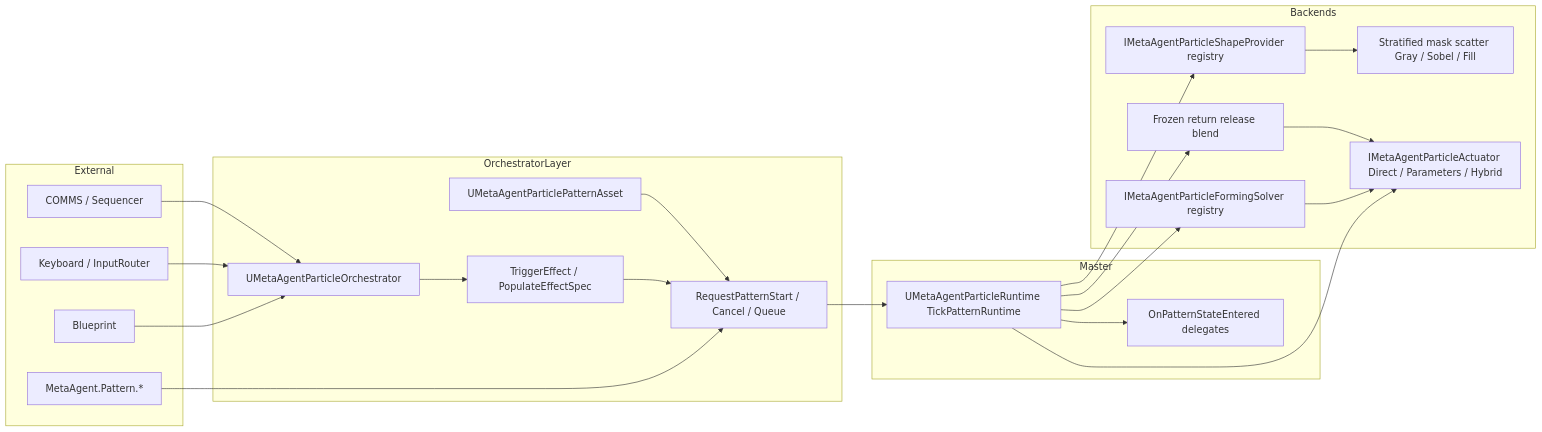
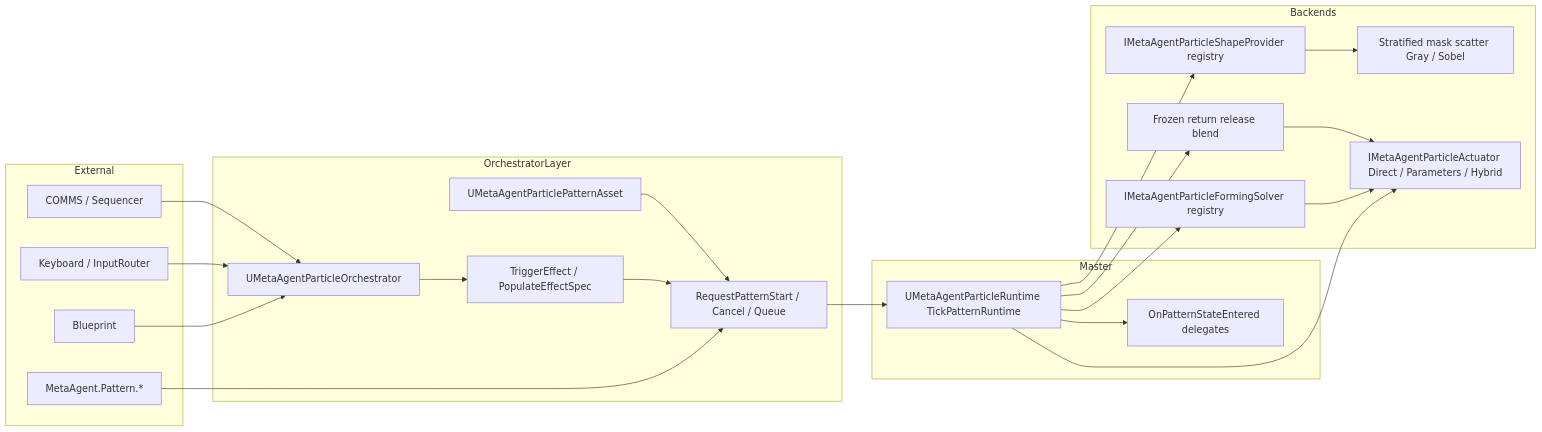
Before and after one commit to vecnode/metaagent-ue5-plugin: diagram 14 of 14 in README.md, drawn with Mermaid. The commit also changed other lines of this file, not shown here.

````diff
--- a/README.md
+++ b/README.md
@@ -926,46 +929,46 @@
 ```mermaid
 flowchart LR
     subgraph External
         BP[Blueprint]
         Keys[Keyboard / InputRouter]
         COMMS[COMMS / Sequencer]
         Console[MetaAgent.Pattern.*]
     end
 
     subgraph OrchestratorLayer
         ORCH[UMetaAgentParticleOrchestrator]
         FX[TriggerEffect / PopulateEffectSpec]
         CMD[RequestPatternStart / Cancel / Queue]
         Asset[UMetaAgentParticlePatternAsset]
     end
 
     subgraph Master
         FSM[UMetaAgentParticleRuntime TickPatternRuntime]
         Events[OnPatternStateEntered delegates]
     end
 
     subgraph Backends
         Shapes[IMetaAgentParticleShapeProvider registry]
-        Scatter[Stratified mask scatter Gray / Sobel / Fill]
+        Scatter[Stratified mask scatter Gray / Sobel]
         Forming[IMetaAgentParticleFormingSolver registry]
         Act[IMetaAgentParticleActuator Direct / Parameters / Hybrid]
         Traj[Frozen return release blend]
     end
 
     BP --> ORCH
     Keys --> ORCH
     COMMS --> ORCH
     Console --> CMD
     ORCH --> FX
     FX --> CMD
     Asset --> CMD
     CMD --> FSM
     FSM --> Events
     FSM --> Shapes
     Shapes --> Scatter
     FSM --> Forming
     FSM --> Act
     Forming --> Act
     FSM --> Traj
     Traj --> Act
 ```
````
